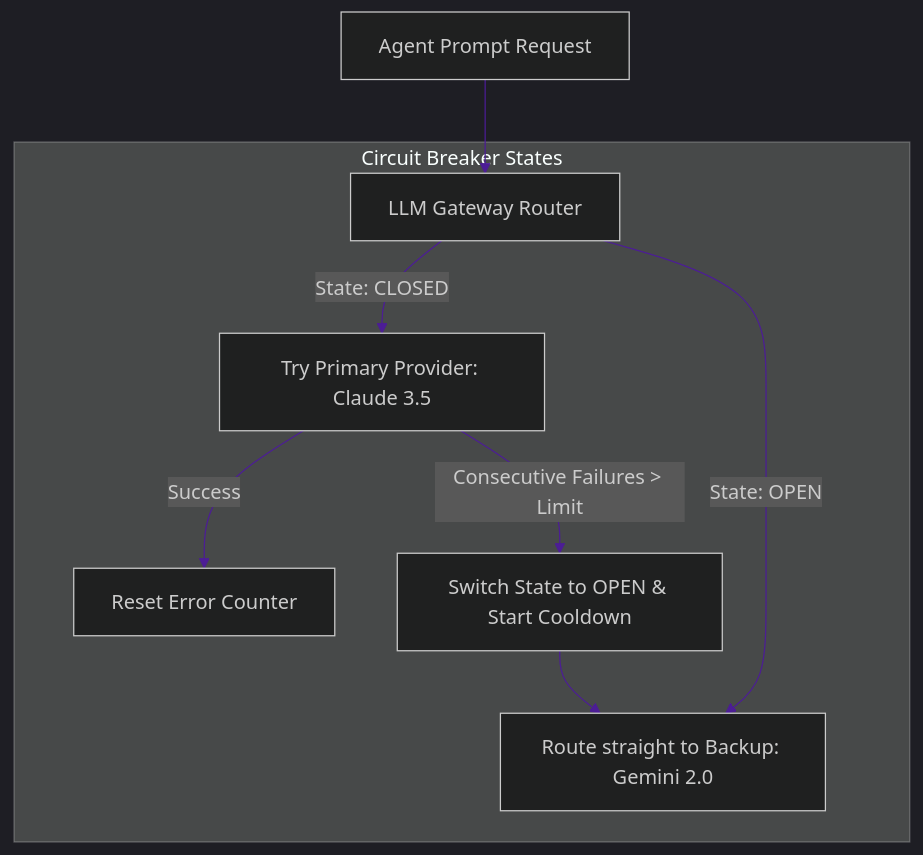
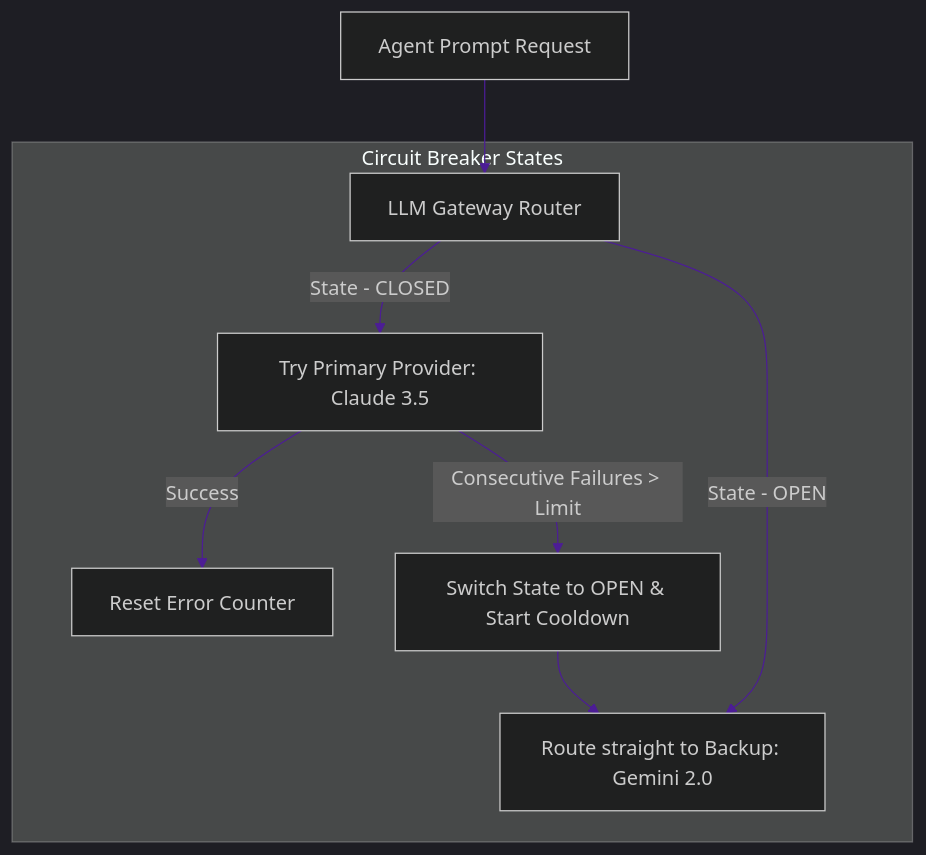
Before and after one commit to akmalkhaniub/akmalkhaniub.github.io: the diagram in blog/posts/system-design-llm-gateway-router-resilience.md, drawn with Mermaid. The commit also changed 411 other files, not shown here.

````diff
--- a/blog/posts/system-design-llm-gateway-router-resilience.md
+++ b/blog/posts/system-design-llm-gateway-router-resilience.md
@@ -20,15 +20,15 @@
 ```mermaid
 %%{init: {'theme': 'dark', 'themeVariables': { 'primaryColor': '#4c1d95', 'primaryTextColor': '#f3f4f6', 'primaryBorderColor': '#8b5cf6', 'lineColor': '#4c1d95', 'secondaryColor': '#111827', 'tertiaryColor': '#0b0f19'}}}%%
 flowchart TD
     Request[Agent Prompt Request] --> Gate[LLM Gateway Router]
     
     subgraph SG1_CircuitBreakerStates ["Circuit Breaker States"]
-        Gate -->|State: CLOSED| CallPrimary[Try Primary Provider: Claude 3.5]
-        Gate -->|State: OPEN| Failover[Route straight to Backup: Gemini 2.0]
+        Gate -->|State - CLOSED| CallPrimary[Try Primary Provider: Claude 3.5]
+        Gate -->|State - OPEN| Failover[Route straight to Backup: Gemini 2.0]
         
         CallPrimary -->|Success| Reset[Reset Error Counter]
         CallPrimary -->|Consecutive Failures > Limit| OpenBreaker[Switch State to OPEN & Start Cooldown]
         
         OpenBreaker --> Failover
     end
 ```
````
